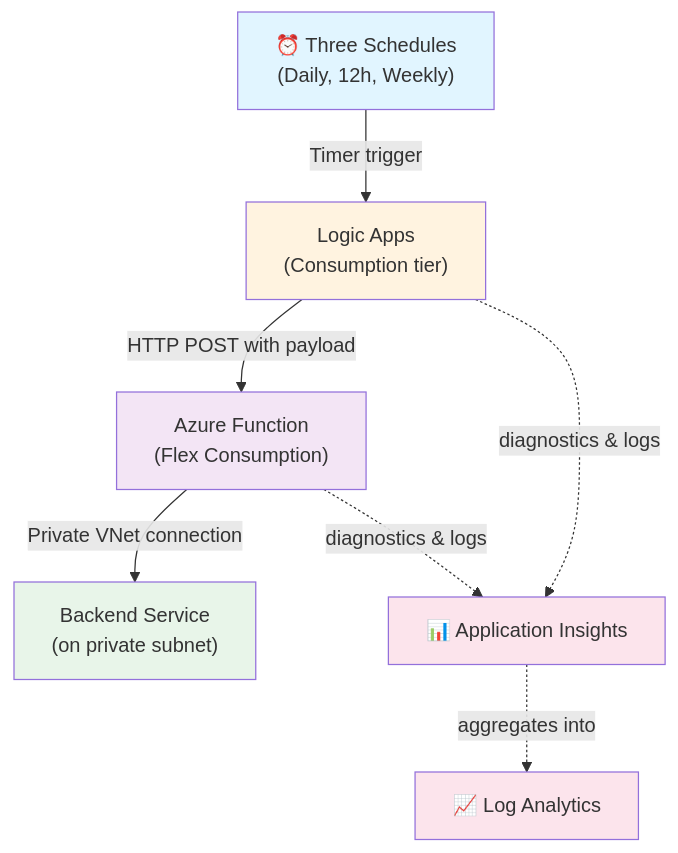
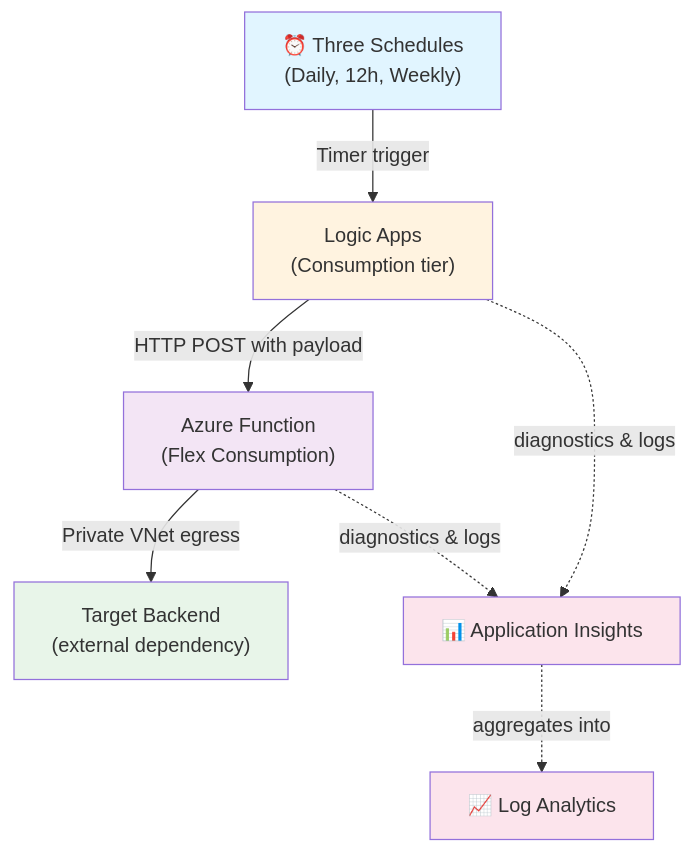
One commit to ran130987wan/logicapp-func-private-net changed the first of 11 diagrams in docs/ONBOARDING-NEW-CONTRIBUTOR.md. Above: the diagram before and after it, drawn with Mermaid. The commit also changed other lines of this file and 6 other files, not shown here.

````diff
--- a/docs/ONBOARDING-NEW-CONTRIBUTOR.md
+++ b/docs/ONBOARDING-NEW-CONTRIBUTOR.md
@@ -61,22 +61,22 @@
 ```mermaid
 graph TB
     Schedule["⏰ Three Schedules<br/>(Daily, 12h, Weekly)"]
     
     Schedule -->|Timer trigger| LogicApps["Logic Apps<br/>(Consumption tier)"]
     LogicApps -->|HTTP POST with payload| Function["Azure Function<br/>(Flex Consumption)"]
-    Function -->|Private VNet connection| Backend["Backend Service<br/>(on private subnet)"]
+    Function -->|Private VNet egress| Backend["Target Backend<br/>(external dependency)"]
     
     AppInsights["📊 Application Insights"]
     LogicAnalytics["📈 Log Analytics"]
     
     LogicApps -.->|diagnostics & logs| AppInsights
     Function -.->|diagnostics & logs| AppInsights
     AppInsights -.->|aggregates into| LogicAnalytics
     
     style Schedule fill:#e1f5ff
     style LogicApps fill:#fff3e0
     style Function fill:#f3e5f5
     style Backend fill:#e8f5e9
     style AppInsights fill:#fce4ec
     style LogicAnalytics fill:#fce4ec
 ```
````
